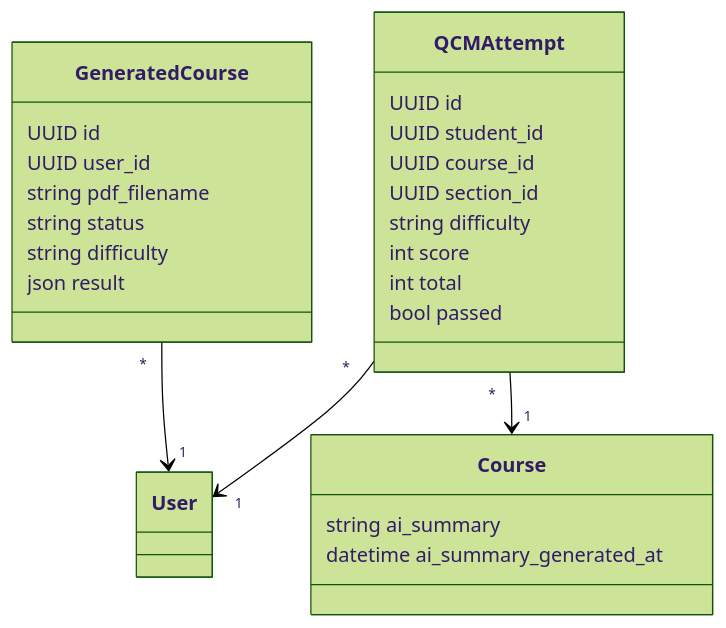
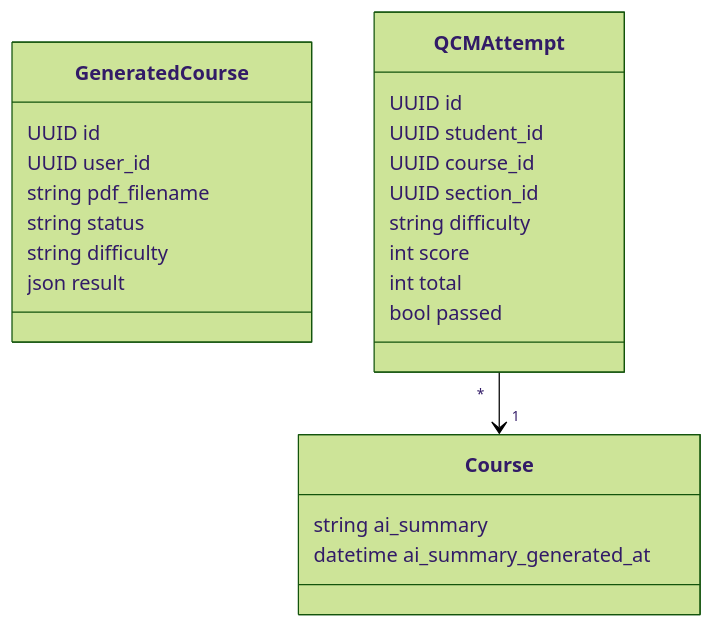
The second of 5 diagrams in docs/sprints/SPRINT_3.md (yazidha09/Hub4Learners), drawn with Mermaid (forest theme) before and after one commit. The commit also changed 2 other files, not shown here.

````diff
--- a/docs/sprints/SPRINT_3.md
+++ b/docs/sprints/SPRINT_3.md
@@ -64,31 +64,29 @@
 ```mermaid
 classDiagram
     class GeneratedCourse {
         UUID id
         UUID user_id
         string pdf_filename
         string status
         string difficulty
         json result
     }
 
     class QCMAttempt {
         UUID id
         UUID student_id
         UUID course_id
         UUID section_id
         string difficulty
         int score
         int total
         bool passed
     }
 
     class Course {
         string ai_summary
         datetime ai_summary_generated_at
     }
 
-    GeneratedCourse "*" --> "1" User
-    QCMAttempt "*" --> "1" User
     QCMAttempt "*" --> "1" Course
 ```
````
